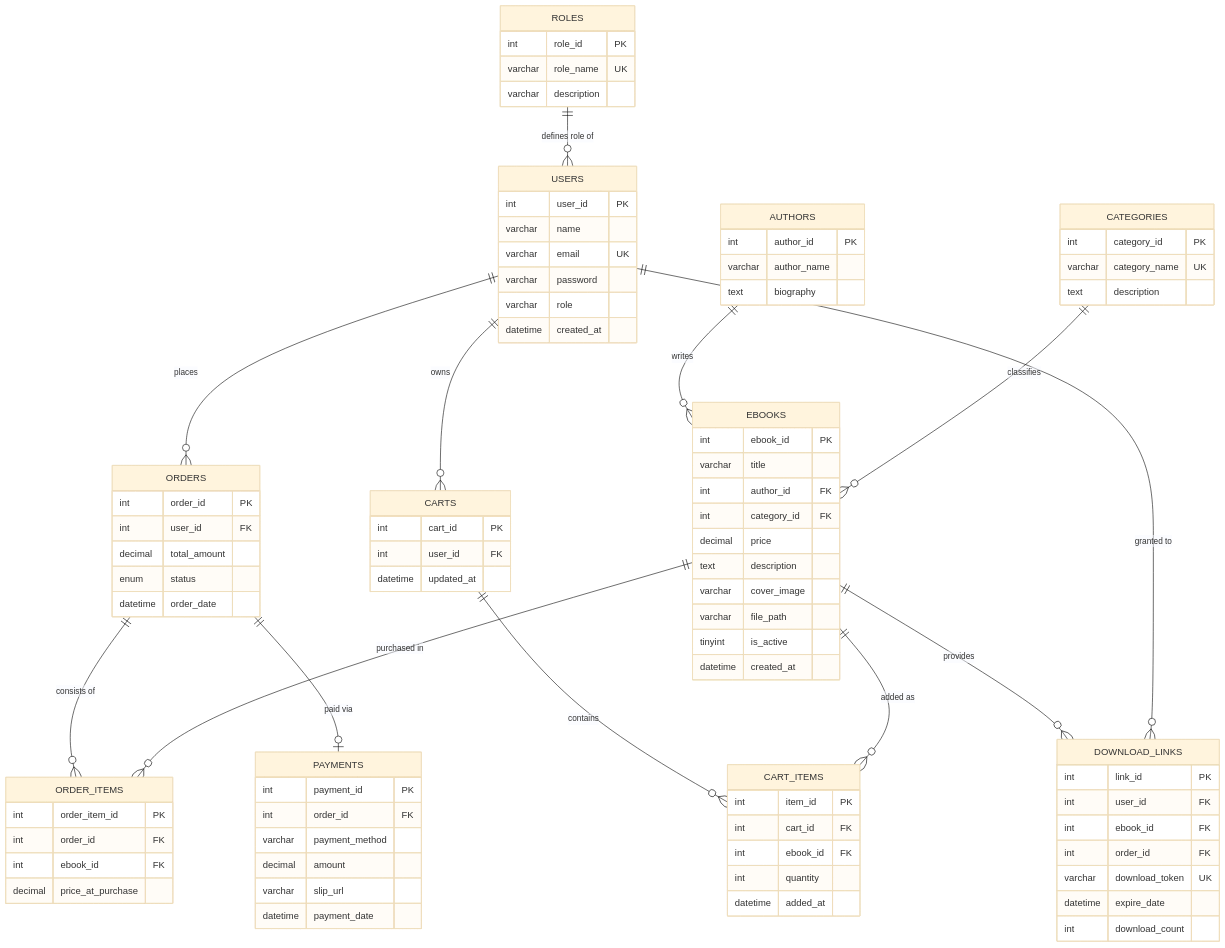
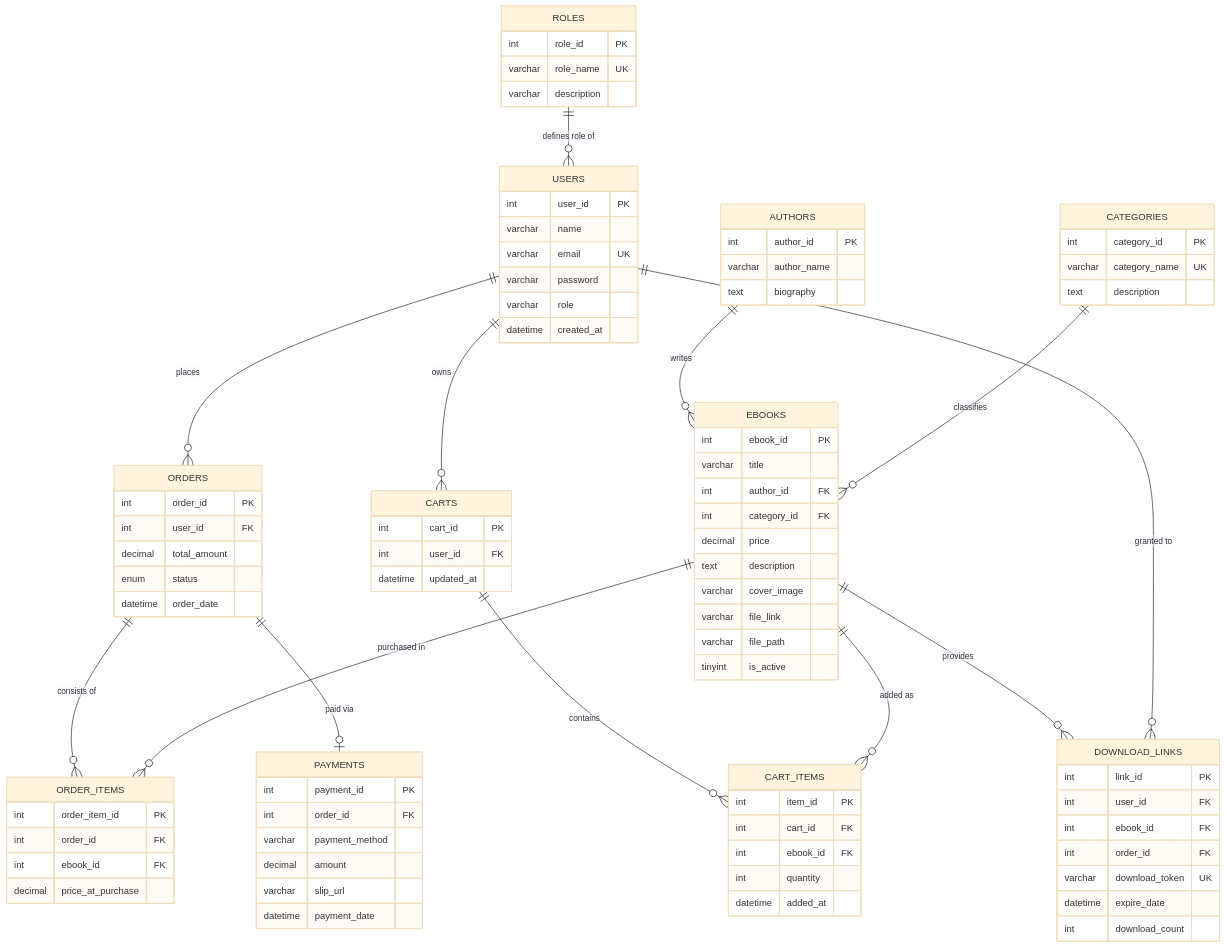
Before and after one commit to pratchayakornna-ops/ebook-store: the diagram in DATABASE_MINI_PROJECT_REPORT.md, drawn with Mermaid (base theme). The commit also changed other lines of this file, not shown here.

```diff
--- a/DATABASE_MINI_PROJECT_REPORT.md
+++ b/DATABASE_MINI_PROJECT_REPORT.md
@@ -124,9 +106,9 @@
         decimal price
         text description
         varchar cover_image
+        varchar file_link
         varchar file_path
         tinyint is_active
-        datetime created_at
     }
 
     CARTS {
```
